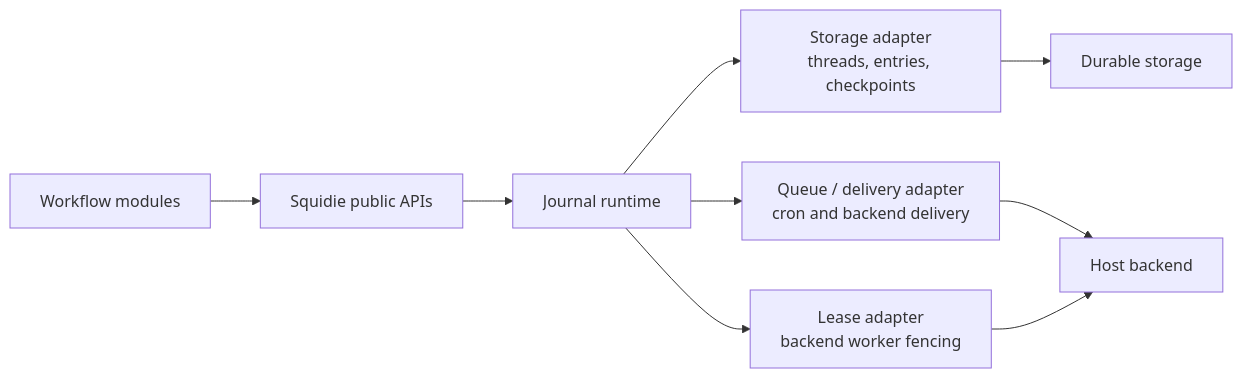
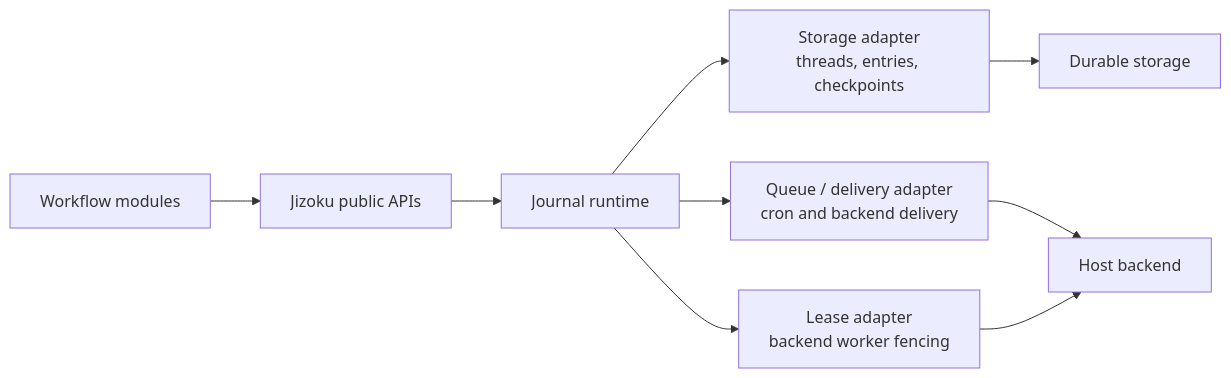
The diagram in docs/storage_strategy.md (agentjido/jizoku), drawn with Mermaid before and after one commit. The commit also changed other lines of this file and 45 other files, not shown here.

````diff
--- a/docs/storage_strategy.md
+++ b/docs/storage_strategy.md
@@ -58,11 +58,11 @@
 ```mermaid
 flowchart LR
-    workflow["Workflow modules"] --> api["Squidie public APIs"]
+    workflow["Workflow modules"] --> api["Jizoku public APIs"]
     api --> runtime["Journal runtime"]
     runtime --> storage["Storage adapter<br/>threads, entries, checkpoints"]
     runtime --> queue["Queue / delivery adapter<br/>cron and backend delivery"]
     runtime --> lease["Lease adapter<br/>backend worker fencing"]
     storage --> durable["Durable storage"]
     queue --> backend["Host backend"]
     lease --> backend
 ```
````
